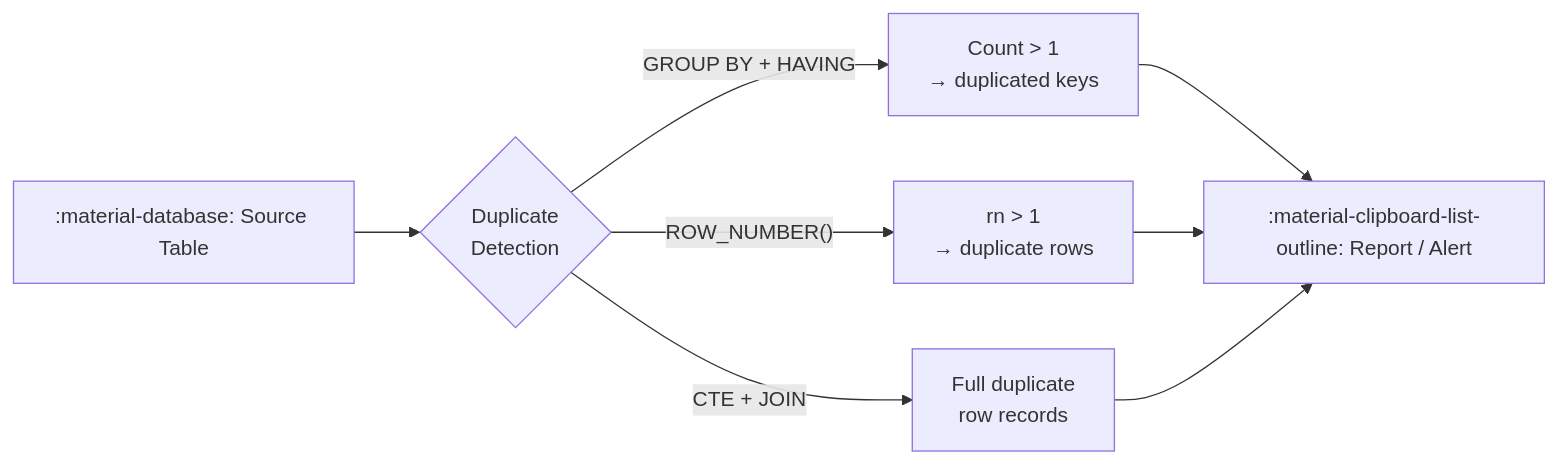
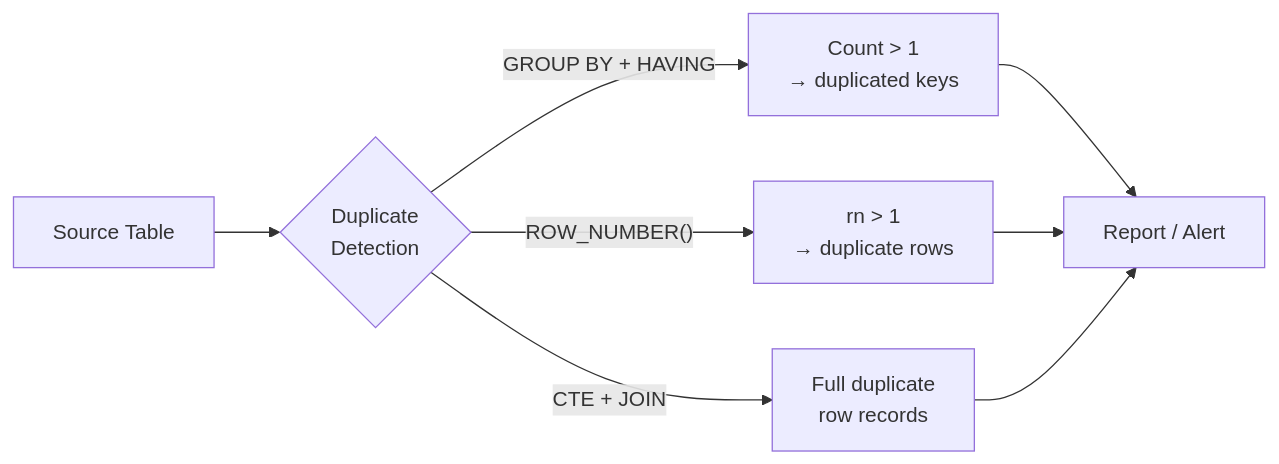
Before and after one commit to mahfooziiitian/spark-batch: the diagram in spark-sql/docs/patterns/data_quality/duplicates/finding.md, drawn with Mermaid. The commit also changed other lines of this file and 809 other files, not shown here.

````diff
--- a/spark-sql/docs/patterns/data_quality/duplicates/finding.md
+++ b/spark-sql/docs/patterns/data_quality/duplicates/finding.md
@@ -10,10 +10,10 @@
 ```mermaid
 graph LR
-    A[":material-database:️ Source Table"] --> B{"Duplicate\nDetection"}
+    A["Source Table"] --> B{"Duplicate\nDetection"}
     B -->|"GROUP BY + HAVING"| C["Count > 1\n→ duplicated keys"]
     B -->|"ROW_NUMBER()"| D["rn > 1\n→ duplicate rows"]
     B -->|"CTE + JOIN"| E["Full duplicate\nrow records"]
-    C --> F[":material-clipboard-list-outline: Report / Alert"]
+    C --> F["Report / Alert"]
     D --> F
     E --> F
 ```
````
